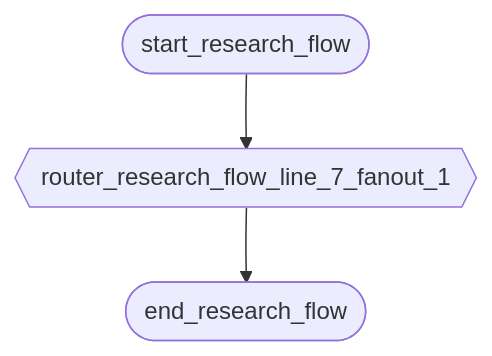
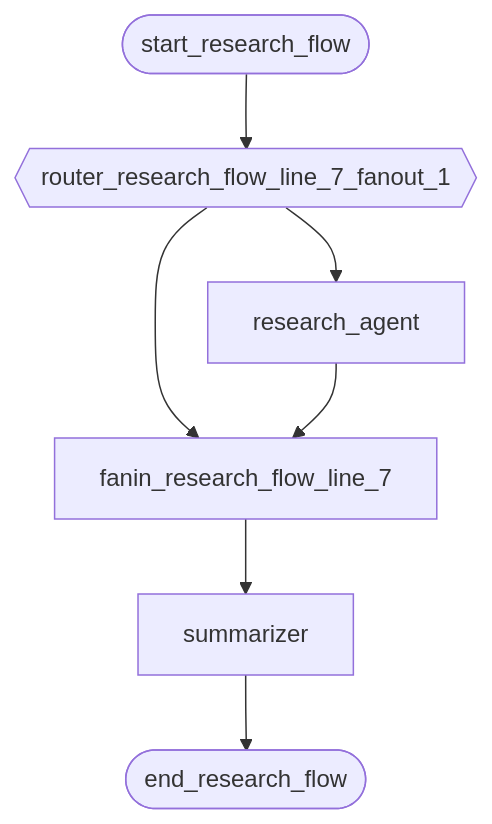
The diagram in src/asya-testing/asya_testing/flows/research_flow/compiled/flow.mmd (deliveryhero/asya), drawn with Mermaid before and after one commit. The commit also changed 108 other files, not shown here.

```diff
--- a/src/asya-testing/asya_testing/flows/research_flow/compiled/flow.mmd
+++ b/src/asya-testing/asya_testing/flows/research_flow/compiled/flow.mmd
@@ -1,9 +1,16 @@
 flowchart TD
     %% Flow: research_flow
 
     end_research_flow([end_research_flow])
+    fanin_research_flow_line_7[fanin_research_flow_line_7]
+    research_agent[research_agent]
     router_research_flow_line_7_fanout_1{{router_research_flow_line_7_fanout_1}}
     start_research_flow([start_research_flow])
+    summarizer[summarizer]
 
     start_research_flow --> router_research_flow_line_7_fanout_1
-    router_research_flow_line_7_fanout_1 --> end_research_flow
+    router_research_flow_line_7_fanout_1 --> fanin_research_flow_line_7
+    fanin_research_flow_line_7 --> summarizer
+    router_research_flow_line_7_fanout_1 --> research_agent
+    research_agent --> fanin_research_flow_line_7
+    summarizer --> end_research_flow
```
